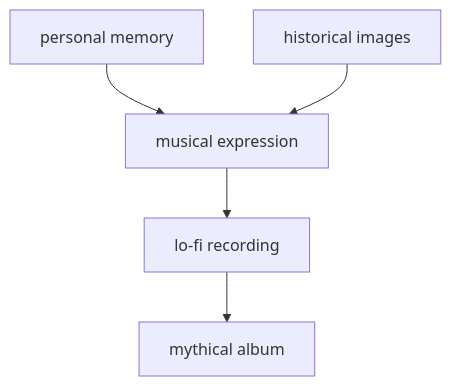
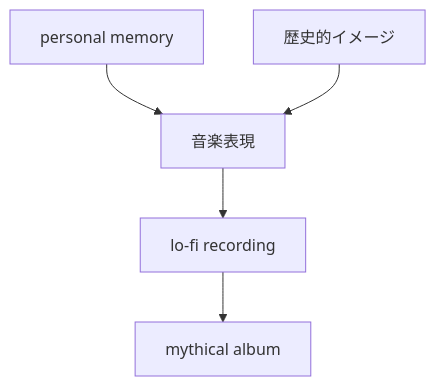
The fifth of 11 diagrams in en/_posts/2026-06-30-column-influential-album-02.md (monumental-movement/monumental-movement.github.io), drawn with Mermaid before and after one commit. The commit also changed other lines of this file and 2196 other files, not shown here.

```diff
--- a/en/_posts/2026-06-30-column-influential-album-02.md
+++ b/en/_posts/2026-06-30-column-influential-album-02.md
@@ -597,13 +595,13 @@
 <div class="mermaid">
 flowchart TD
 A[personal memory]
-B[historical images]
-C[musical expression]
+B[歴史的イメージ]
+C[音楽表現]
 D[lo-fi recording]
 
 A --> C
 B --> C
 C --> D
 D --> E[mythical album]
 
 </div>
```
